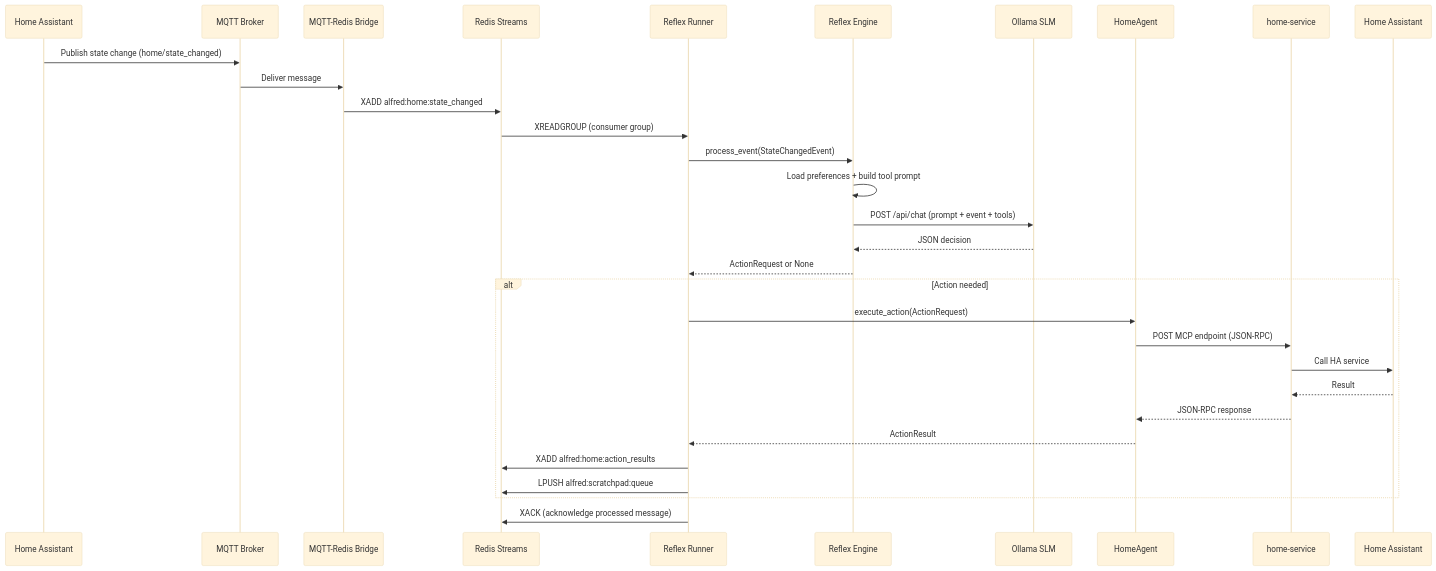
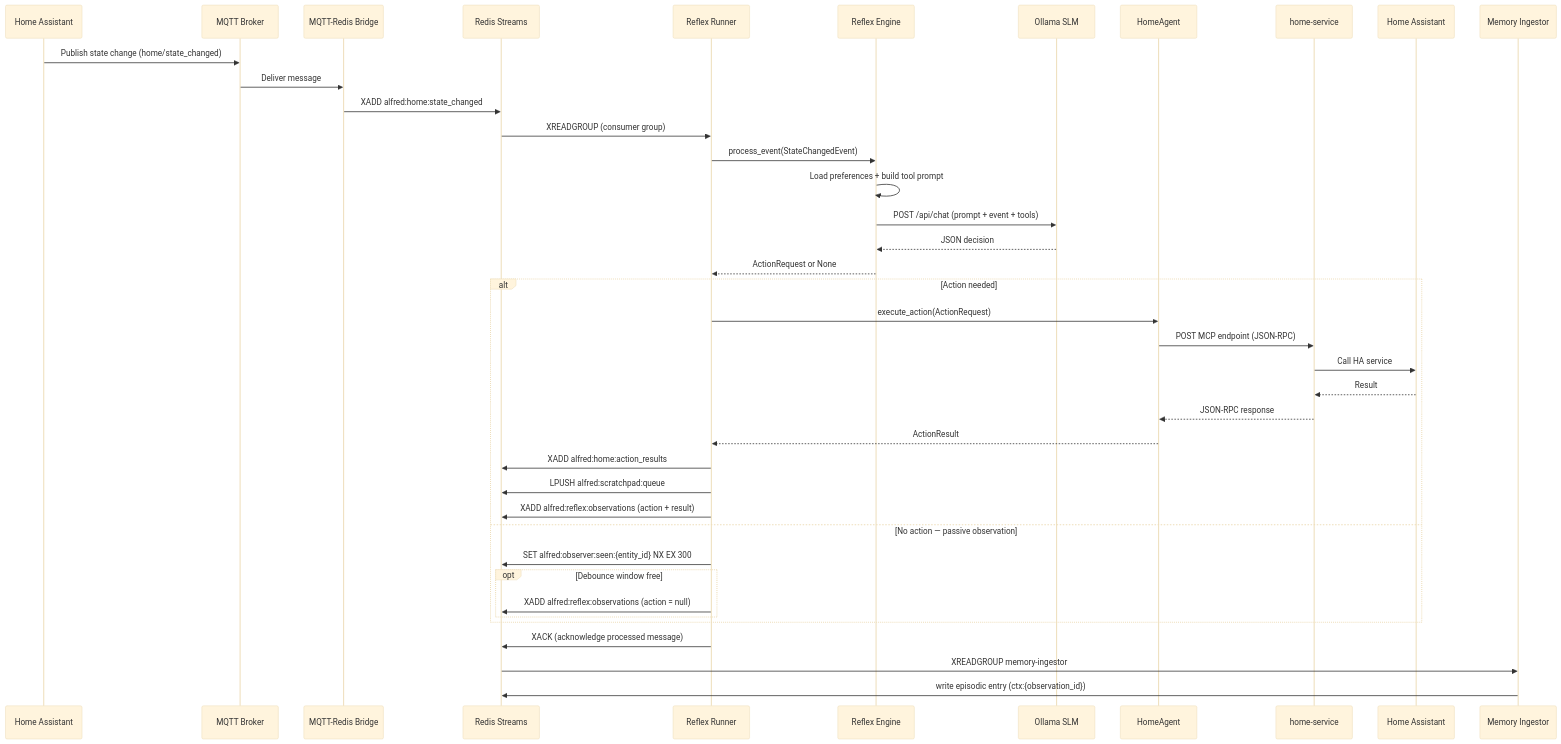
The second of 5 diagrams in docs/architecture.md (anirudhlath/alfred), drawn with Mermaid (base theme) before and after one commit. The commit also changed other lines of this file and 26 other files, not shown here.

First line of the commit message:
feat(memory): record what Alfred sees but does not act on (#192)

````diff
--- a/docs/architecture.md
+++ b/docs/architecture.md
@@ -66,34 +66,43 @@
 ```mermaid
 sequenceDiagram
     participant HA as Home Assistant
     participant MQTT as MQTT Broker
     participant Bridge as MQTT-Redis Bridge
     participant Redis as Redis Streams
     participant Runner as Reflex Runner
     participant Engine as Reflex Engine
     participant Ollama as Ollama SLM
     participant Agent as HomeAgent
     participant Svc as home-service
     participant HA2 as Home Assistant
+    participant Ing as Memory Ingestor
 
     HA->>MQTT: Publish state change (home/state_changed)
     MQTT->>Bridge: Deliver message
     Bridge->>Redis: XADD alfred:home:state_changed
     Redis->>Runner: XREADGROUP (consumer group)
     Runner->>Engine: process_event(StateChangedEvent)
     Engine->>Engine: Load preferences + build tool prompt
     Engine->>Ollama: POST /api/chat (prompt + event + tools)
     Ollama-->>Engine: JSON decision
     Engine-->>Runner: ActionRequest or None
     alt Action needed
         Runner->>Agent: execute_action(ActionRequest)
         Agent->>Svc: POST MCP endpoint (JSON-RPC)
         Svc->>HA2: Call HA service
         HA2-->>Svc: Result
         Svc-->>Agent: JSON-RPC response
         Agent-->>Runner: ActionResult
         Runner->>Redis: XADD alfred:home:action_results
         Runner->>Redis: LPUSH alfred:scratchpad:queue
+        Runner->>Redis: XADD alfred:reflex:observations (action + result)
+    else No action — passive observation
+        Runner->>Redis: SET alfred:observer:seen:{entity_id} NX EX 300
+        opt Debounce window free
+            Runner->>Redis: XADD alfred:reflex:observations (action = null)
+        end
     end
     Runner->>Redis: XACK (acknowledge processed message)
+    Redis->>Ing: XREADGROUP memory-ingestor
+    Ing->>Redis: write episodic entry (ctx:{observation_id})
 ```
````
